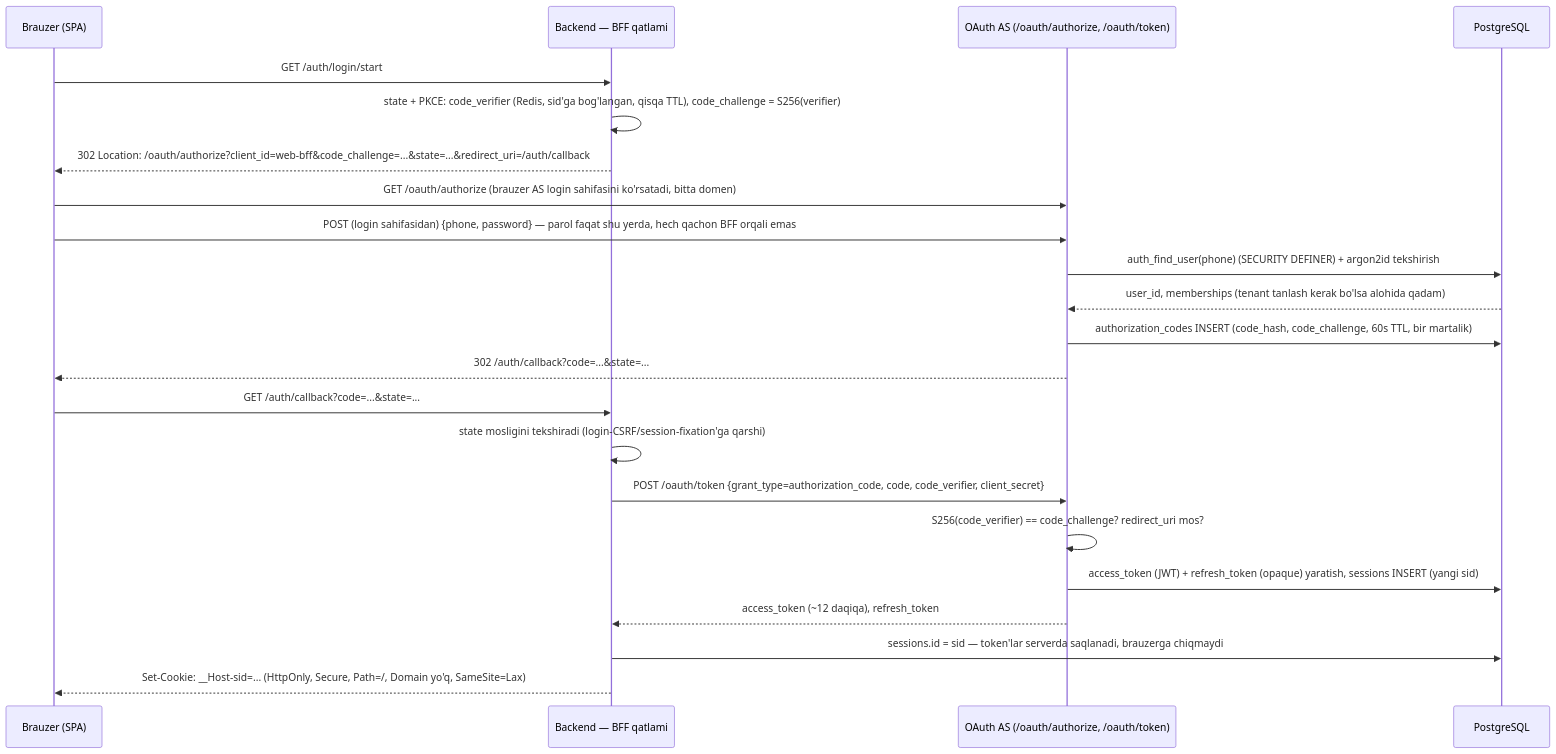
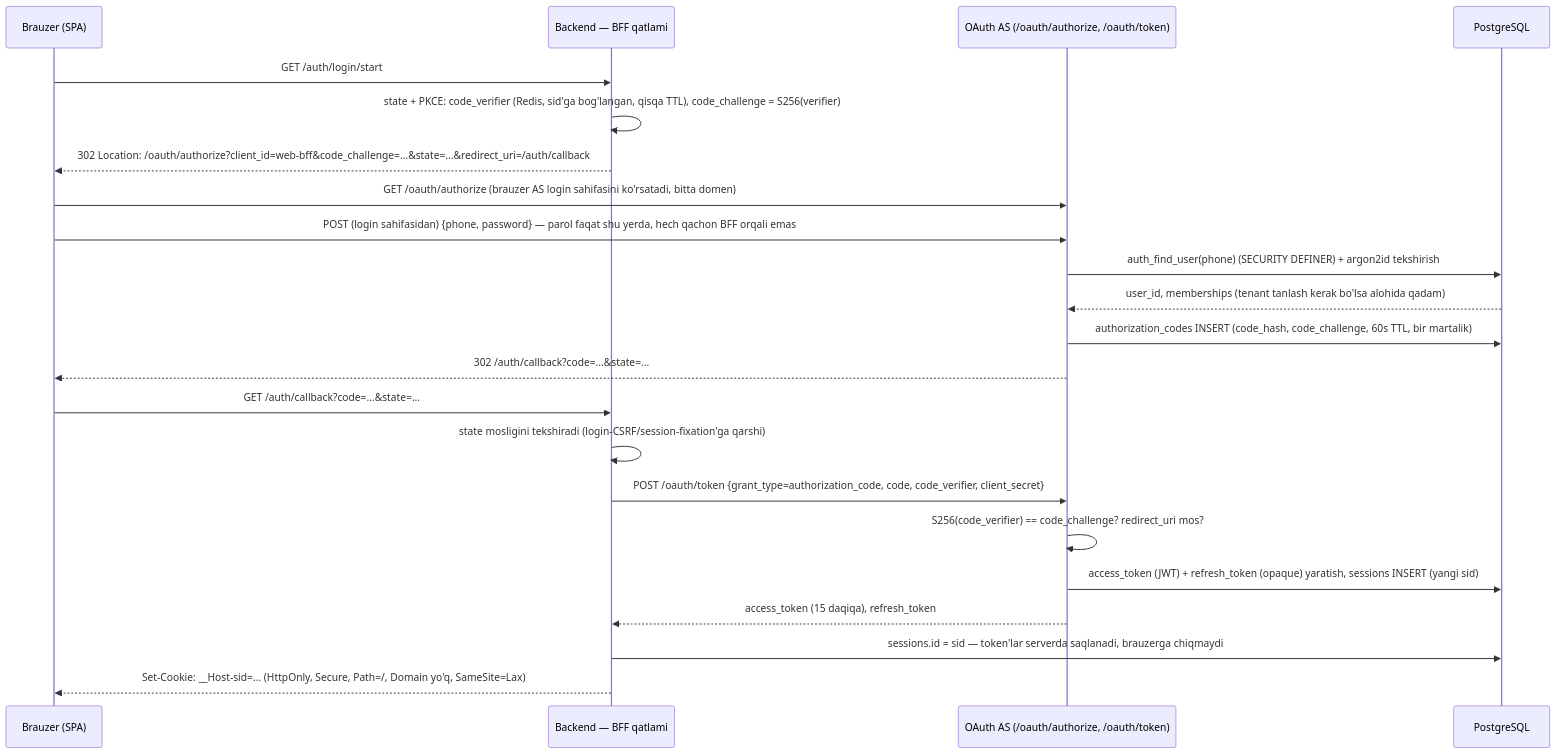
Before and after one commit to hasanoff507/erp: the first of 4 diagrams in spec/kod-uchun/14-autentifikatsiya-oauth2.md, drawn with Mermaid. The commit also changed other lines of this file and 47 other files, not shown here.

````diff
--- a/spec/kod-uchun/14-autentifikatsiya-oauth2.md
+++ b/spec/kod-uchun/14-autentifikatsiya-oauth2.md
@@ -57,25 +58,25 @@
 ```mermaid
 sequenceDiagram
     participant Br as Brauzer (SPA)
     participant BFF as Backend — BFF qatlami
     participant AS as OAuth AS (/oauth/authorize, /oauth/token)
     participant DB as PostgreSQL
 
     Br->>BFF: GET /auth/login/start
     BFF->>BFF: state + PKCE: code_verifier (Redis, sid'ga bog'langan, qisqa TTL), code_challenge = S256(verifier)
     BFF-->>Br: 302 Location: /oauth/authorize?client_id=web-bff&code_challenge=...&state=...&redirect_uri=/auth/callback
     Br->>AS: GET /oauth/authorize (brauzer AS login sahifasini ko'rsatadi, bitta domen)
     Br->>AS: POST (login sahifasidan) {phone, password} — parol faqat shu yerda, hech qachon BFF orqali emas
     AS->>DB: auth_find_user(phone) (SECURITY DEFINER) + argon2id tekshirish
     DB-->>AS: user_id, memberships (tenant tanlash kerak bo'lsa alohida qadam)
     AS->>DB: authorization_codes INSERT (code_hash, code_challenge, 60s TTL, bir martalik)
     AS-->>Br: 302 /auth/callback?code=...&state=...
     Br->>BFF: GET /auth/callback?code=...&state=...
     BFF->>BFF: state mosligini tekshiradi (login-CSRF/session-fixation'ga qarshi)
     BFF->>AS: POST /oauth/token {grant_type=authorization_code, code, code_verifier, client_secret}
     AS->>AS: S256(code_verifier) == code_challenge? redirect_uri mos?
     AS->>DB: access_token (JWT) + refresh_token (opaque) yaratish, sessions INSERT (yangi sid)
-    AS-->>BFF: access_token (~12 daqiqa), refresh_token
+    AS-->>BFF: access_token (15 daqiqa), refresh_token
     BFF->>DB: sessions.id = sid — token'lar serverda saqlanadi, brauzerga chiqmaydi
     BFF-->>Br: Set-Cookie: __Host-sid=... (HttpOnly, Secure, Path=/, Domain yo'q, SameSite=Lax)
 ```
````
